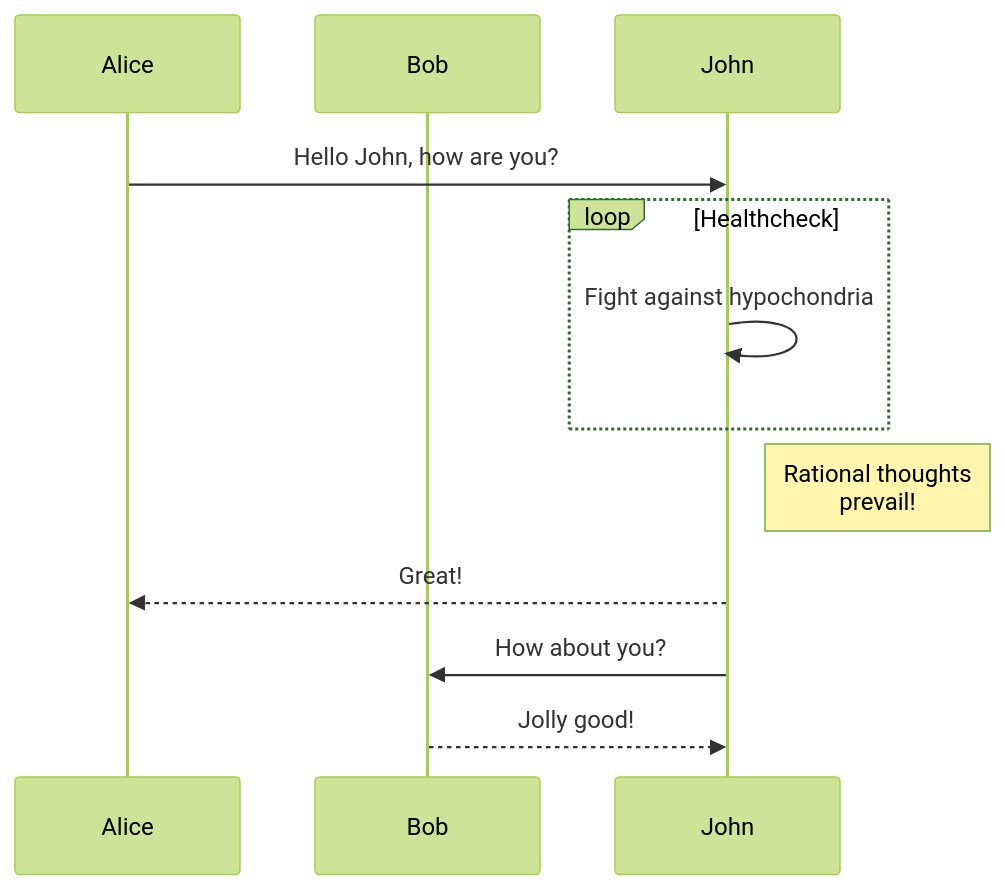
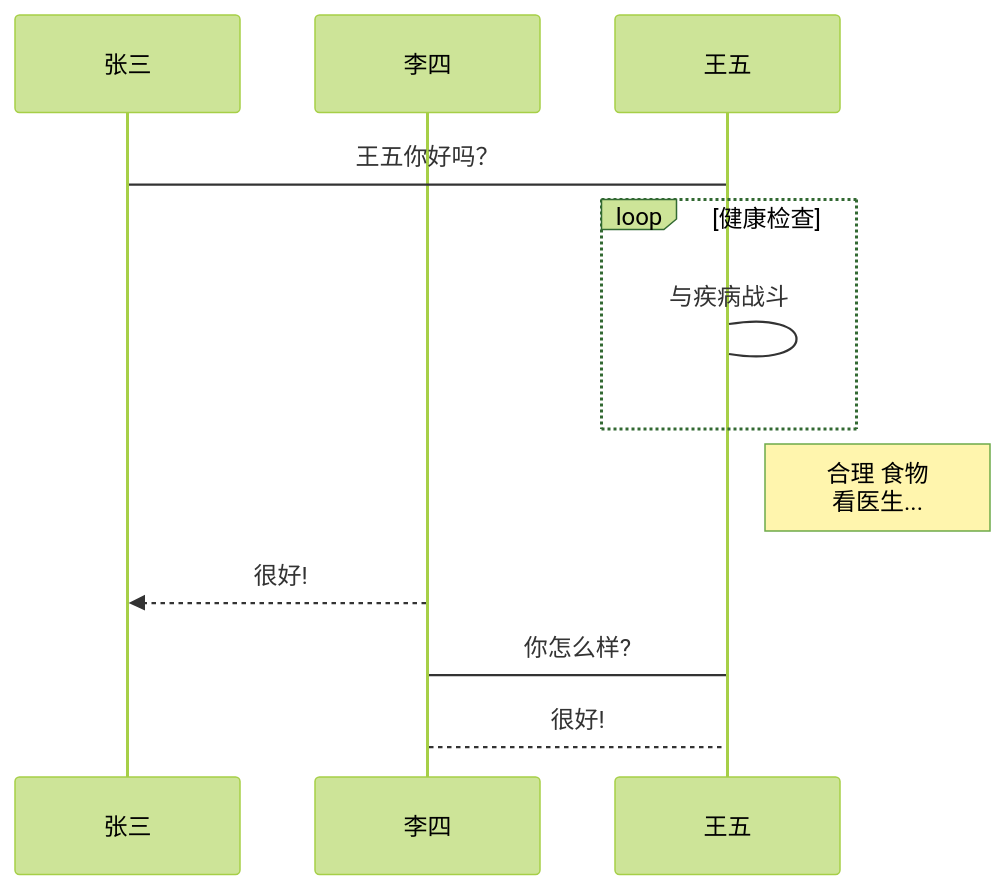
Before and after one commit to Lxzz24/Repo: the third of 4 diagrams in 3-Note/mermaid.md, drawn with Mermaid (forest theme). The commit also changed other lines of this file and 4 other files, not shown here.

````diff
--- a/3-Note/mermaid.md
+++ b/3-Note/mermaid.md
@@ -14,13 +109,14 @@
 ```mermaid
-sequenceDiagram
-    participant Alice
-    participant Bob
-    Alice->>John: Hello John, how are you?
-    loop Healthcheck
-        John->>John: Fight against hypochondria
+    %% 时序图例子,-> 直线，-->虚线，->>实线箭头
+    sequenceDiagram
+    participant 张三
+    participant 李四
+    张三->王五: 王五你好吗？
+    loop 健康检查
+        王五->王五: 与疾病战斗
     end
-    Note right of John: Rational thoughts <br/>prevail!
-    John-->>Alice: Great!
-    John->>Bob: How about you?
-    Bob-->>John: Jolly good!
+    Note right of 王五: 合理 食物 <br/>看医生...
+    李四-->>张三: 很好!
+    王五->李四: 你怎么样?
+    李四-->王五: 很好!
 ```
````
